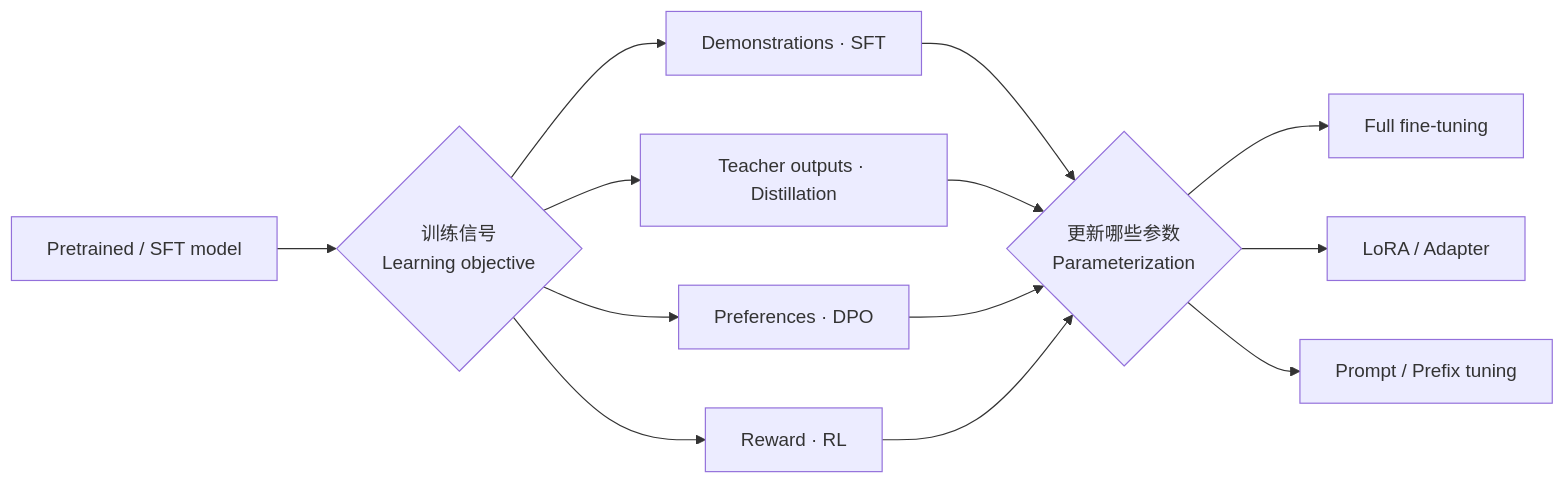
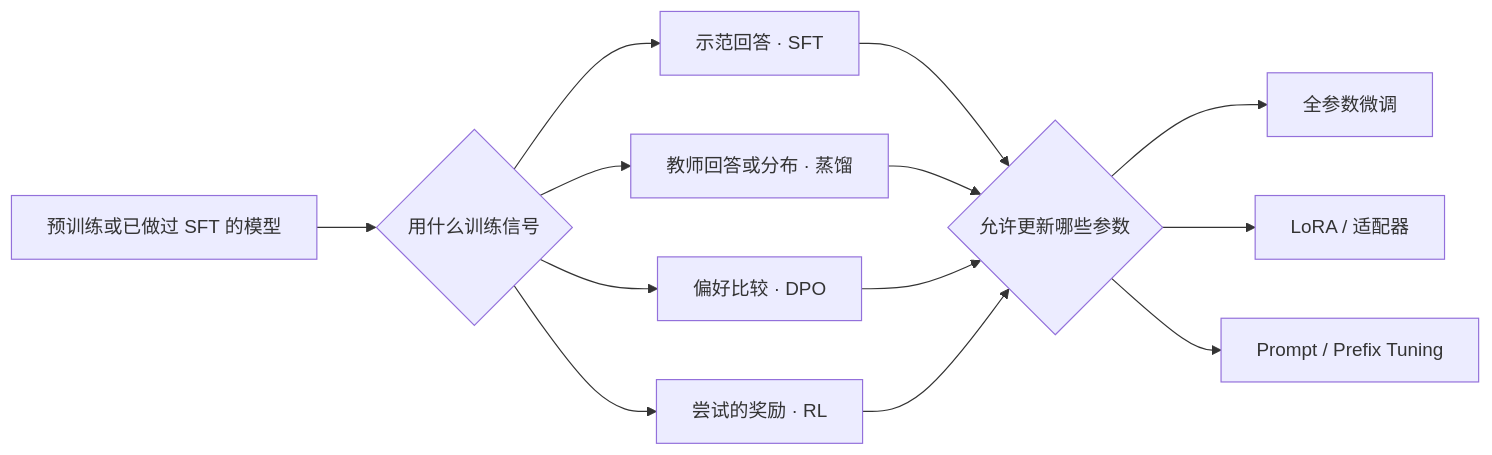
The diagram in 05-post-training/model-adaptation.md (tianyi-zhang-02/cooking-agi), drawn with Mermaid before and after one commit. The commit also changed other lines of this file and 17 other files, not shown here.

````diff
--- a/05-post-training/model-adaptation.md
+++ b/05-post-training/model-adaptation.md
@@ -271,15 +246,15 @@
 ```mermaid
 flowchart LR
-    B["Pretrained / SFT model"] --> O{"训练信号<br/>Learning objective"}
-    O --> S["Demonstrations · SFT"]
-    O --> D["Teacher outputs · Distillation"]
-    O --> P["Preferences · DPO"]
-    O --> R["Reward · RL"]
-    S --> U{"更新哪些参数<br/>Parameterization"}
+    B["预训练或已做过 SFT 的模型"] --> O{"用什么训练信号"}
+    O --> S["示范回答 · SFT"]
+    O --> D["教师回答或分布 · 蒸馏"]
+    O --> P["偏好比较 · DPO"]
+    O --> R["尝试的奖励 · RL"]
+    S --> U{"允许更新哪些参数"}
     D --> U
     P --> U
     R --> U
-    U --> F["Full fine-tuning"]
-    U --> L["LoRA / Adapter"]
-    U --> T["Prompt / Prefix tuning"]
+    U --> F["全参数微调"]
+    U --> L["LoRA / 适配器"]
+    U --> T["Prompt / Prefix Tuning"]
 ```
````
